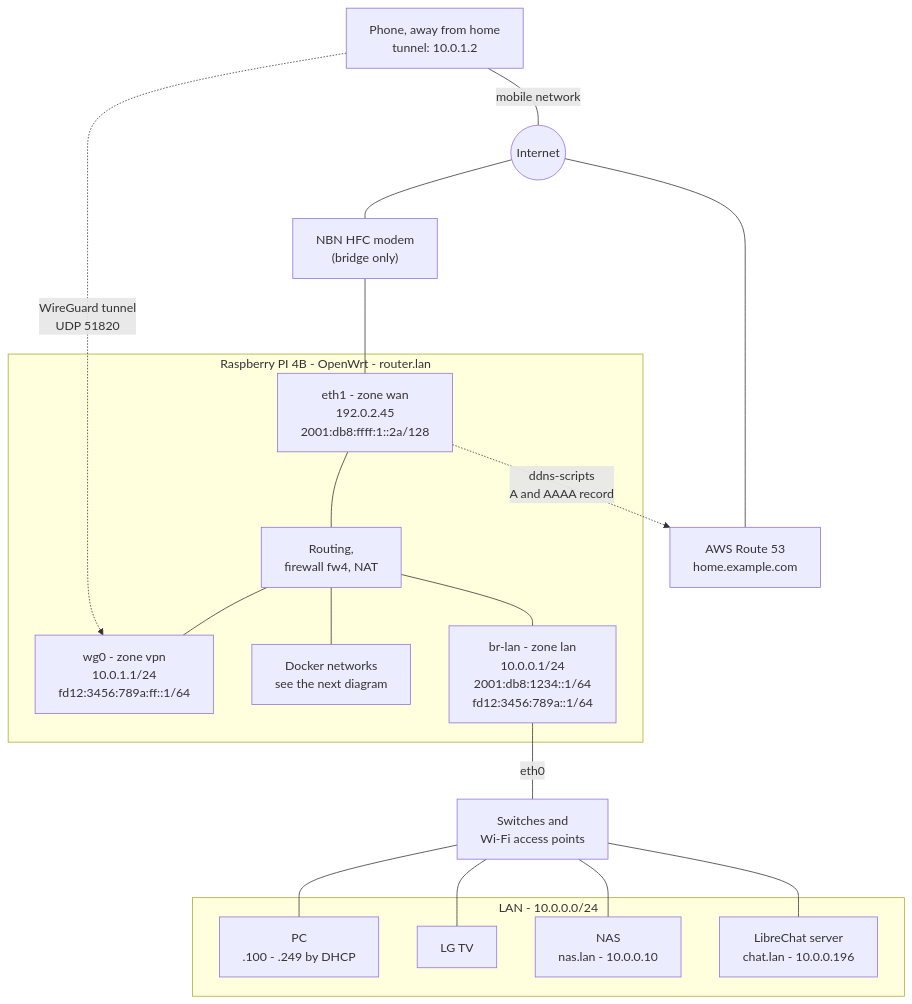
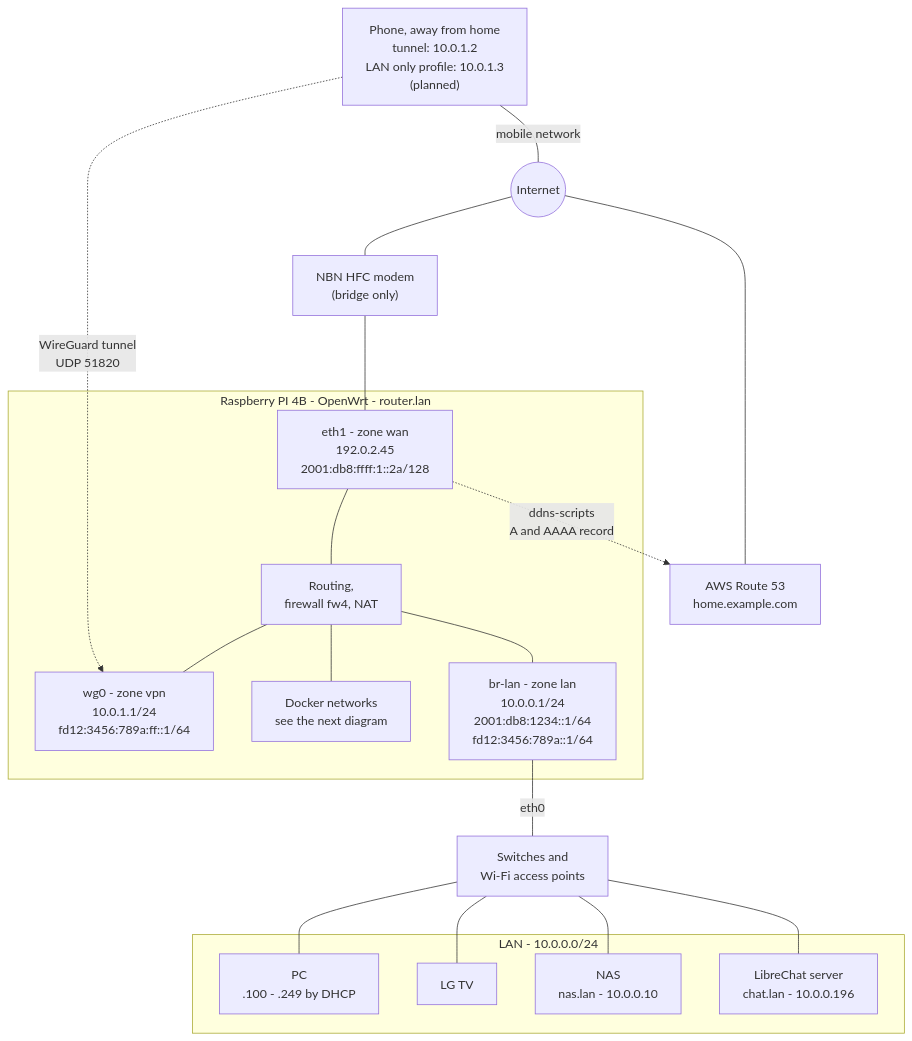
Before and after one commit to ThomasZeman/tomcore-website: the first of 6 diagrams in content/docs/articles/Networking/openwrt-raspberry-pi-4b-network-architecture.md, drawn with Mermaid. The commit also changed other lines of this file and 1 other file, not shown here.

Commit message:
Describe a LAN-only WireGuard profile for the phone
Add a planned second profile to the WireGuard article: a split tunnel with
AllowedIPs 10.0.0.0/16 and the ULA /48, so only home traffic and DNS use
the tunnel and internet traffic stays on the mobile network. Covers DNS,
side effects, a second peer at 10.0.1.3 on the router and the expected
client config. Marked as not set up yet; the architecture page shows the
planned address.

Claude-Session: https://claude.ai/code/session_01UJgF5fSpa5UJTzJBCusJ3q

```diff
--- a/content/docs/articles/Networking/openwrt-raspberry-pi-4b-network-architecture.md
+++ b/content/docs/articles/Networking/openwrt-raspberry-pi-4b-network-architecture.md
@@ -86,34 +86,34 @@
 {{< mermaid >}}
 flowchart TB
-  phone["Phone, away from home<br/>tunnel: 10.0.1.2"]
+  phone["Phone, away from home<br/>tunnel: 10.0.1.2<br/>LAN only profile: 10.0.1.3<br/>(planned)"]
   r53["AWS Route 53<br/>home.example.com"]
   inet(("Internet"))
   phone ---|"mobile network"| inet
   r53 --- inet
   inet --- modem["NBN HFC modem<br/>(bridge only)"]
   modem --- wan
   subgraph pi["Raspberry PI 4B - OpenWrt - router.lan"]
     wan["eth1 - zone wan<br/>192.0.2.45<br/>2001:db8:ffff:1::2a/128"]
     fw["Routing,<br/>firewall fw4, NAT"]
     wg0["wg0 - zone vpn<br/>10.0.1.1/24<br/>fd12:3456:789a:ff::1/64"]
     dk["Docker networks<br/>see the next diagram"]
     brlan["br-lan - zone lan<br/>10.0.0.1/24<br/>2001:db8:1234::1/64<br/>fd12:3456:789a::1/64"]
     wan --- fw
     fw --- wg0
     fw --- dk
     fw --- brlan
   end
   brlan ---|"eth0"| sw["Switches and<br/>Wi-Fi access points"]
   subgraph home["LAN - 10.0.0.0/24"]
     pc["PC<br/>.100 - .249 by DHCP"]
     tv["LG TV"]
     nas["NAS<br/>nas.lan - 10.0.0.10"]
     chatpc["LibreChat server<br/>chat.lan - 10.0.0.196"]
   end
   sw --- pc
   sw --- tv
   sw --- nas
   sw --- chatpc
   phone -. "WireGuard tunnel<br/>UDP 51820" .-> wg0
   wan -. "ddns-scripts<br/>A and AAAA record" .-> r53
 {{< /mermaid >}}
```
